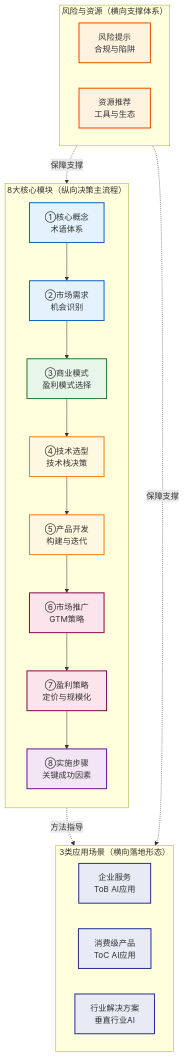
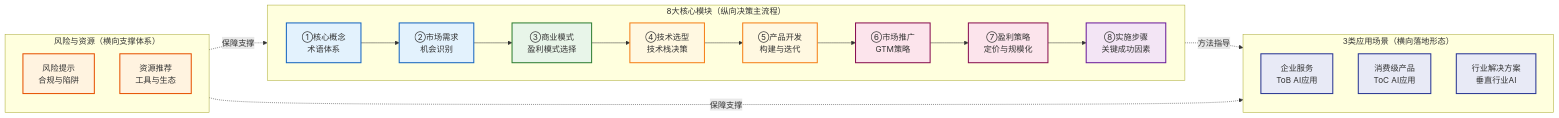
The first of 2 diagrams in doc/bundles/sheke/industry/ai-monetization/concepts/00-overview.md (awesome-flexloop/awesome-okf), drawn with Mermaid before and after one commit.

Commit message:
docs(bundles): ai-monetization 总览全景图改横向布局（TB→LR）

````diff
--- a/doc/bundles/sheke/industry/ai-monetization/concepts/00-overview.md
+++ b/doc/bundles/sheke/industry/ai-monetization/concepts/00-overview.md
@@ -29,38 +29,38 @@
 ```mermaid
-flowchart TB
+flowchart LR
     subgraph CORE ["8大核心模块（纵向决策主流程）"]
-        direction TB
+        direction LR
         M1["①核心概念<br/>术语体系"] --> M2["②市场需求<br/>机会识别"]
         M2 --> M3["③商业模式<br/>盈利模式选择"]
         M3 --> M4["④技术选型<br/>技术栈决策"]
         M4 --> M5["⑤产品开发<br/>构建与迭代"]
         M5 --> M6["⑥市场推广<br/>GTM策略"]
         M6 --> M7["⑦盈利策略<br/>定价与规模化"]
         M7 --> M8["⑧实施步骤<br/>关键成功因素"]
     end
     subgraph SCEN ["3类应用场景（横向落地形态）"]
         S1["企业服务<br/>ToB AI应用"]
         S2["消费级产品<br/>ToC AI应用"]
         S3["行业解决方案<br/>垂直行业AI"]
     end
     subgraph SUP ["风险与资源（横向支撑体系）"]
         R1["风险提示<br/>合规与陷阱"]
         R2["资源推荐<br/>工具与生态"]
     end
     CORE -.->|"方法指导"| SCEN
     SUP -.->|"保障支撑"| CORE
     SUP -.->|"保障支撑"| SCEN
     style M1 fill:#e3f2fd,stroke:#1565c0,stroke-width:2px
     style M2 fill:#e3f2fd,stroke:#1565c0,stroke-width:2px
     style M3 fill:#e8f5e9,stroke:#2e7d32,stroke-width:2px
     style M4 fill:#fff8e1,stroke:#f57f17,stroke-width:2px
     style M5 fill:#fff8e1,stroke:#f57f17,stroke-width:2px
     style M6 fill:#fce4ec,stroke:#880e4f,stroke-width:2px
     style M7 fill:#fce4ec,stroke:#880e4f,stroke-width:2px
     style M8 fill:#f3e5f5,stroke:#6a1b9a,stroke-width:2px
     style S1 fill:#e8eaf6,stroke:#283593,stroke-width:2px
     style S2 fill:#e8eaf6,stroke:#283593,stroke-width:2px
     style S3 fill:#e8eaf6,stroke:#283593,stroke-width:2px
     style R1 fill:#fff3e0,stroke:#e65100,stroke-width:2px
     style R2 fill:#fff3e0,stroke:#e65100,stroke-width:2px
 ```
````
